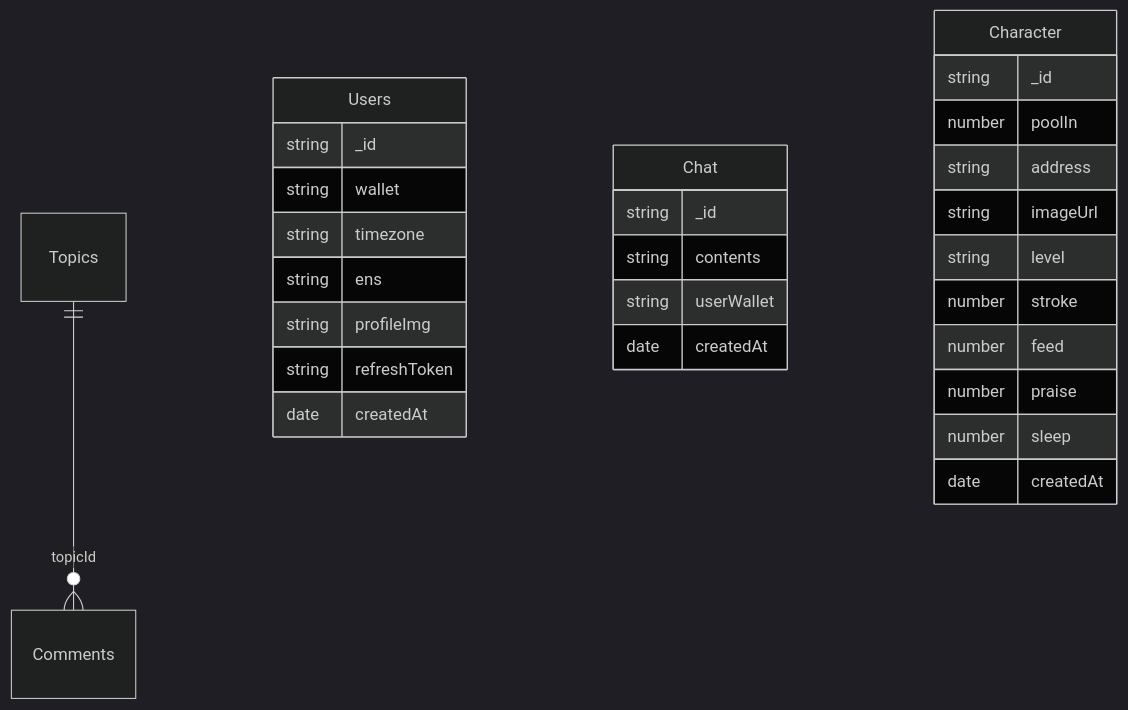
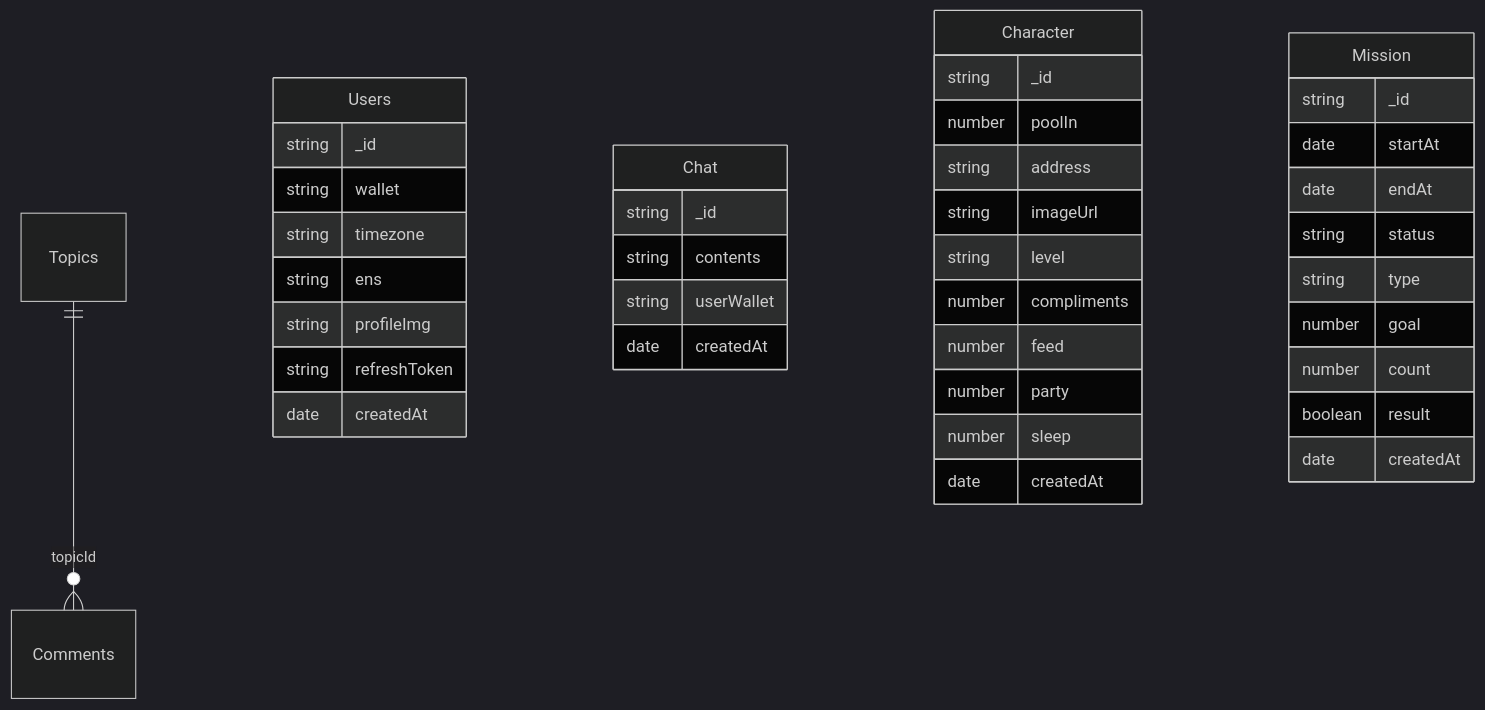
Before and after one commit to squad-labs/kumagotchi-server: the diagram in README.md, drawn with Mermaid (dark theme). The commit also changed 11 other files, not shown here.

````diff
--- a/README.md
+++ b/README.md
@@ -5,34 +5,46 @@
 ```mermaid
 erDiagram
   Topics ||--o{ Comments : topicId
 
   Users {
     string _id
     string wallet
     string timezone
     string ens
     string profileImg
     string refreshToken
     date createdAt
   }
 
   Chat {
     string _id
     string contents
     string userWallet
     date createdAt
   }
 
   Character {
     string _id
     number poolIn
     string address
     string imageUrl
     string level
-    number stroke
+    number compliments
     number feed
-    number praise
+    number party
     number sleep
     date createdAt
   }
+
+  Mission {
+    string _id
+    date startAt
+    date endAt
+    string status
+    string type
+    number goal
+    number count
+    boolean result
+    date createdAt
+  }
 ```
````
